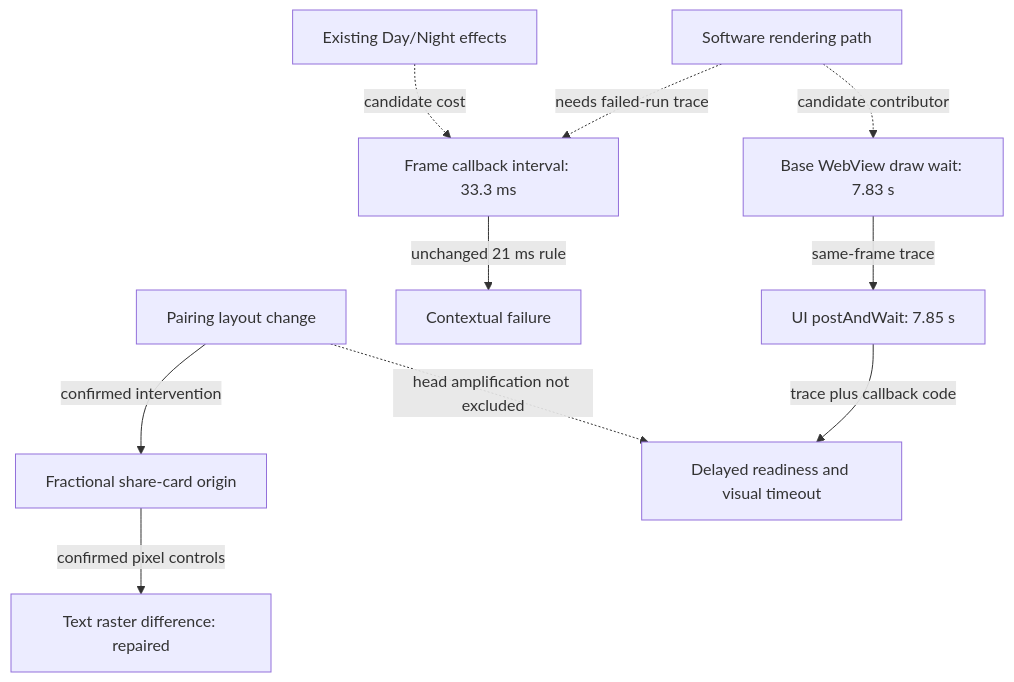
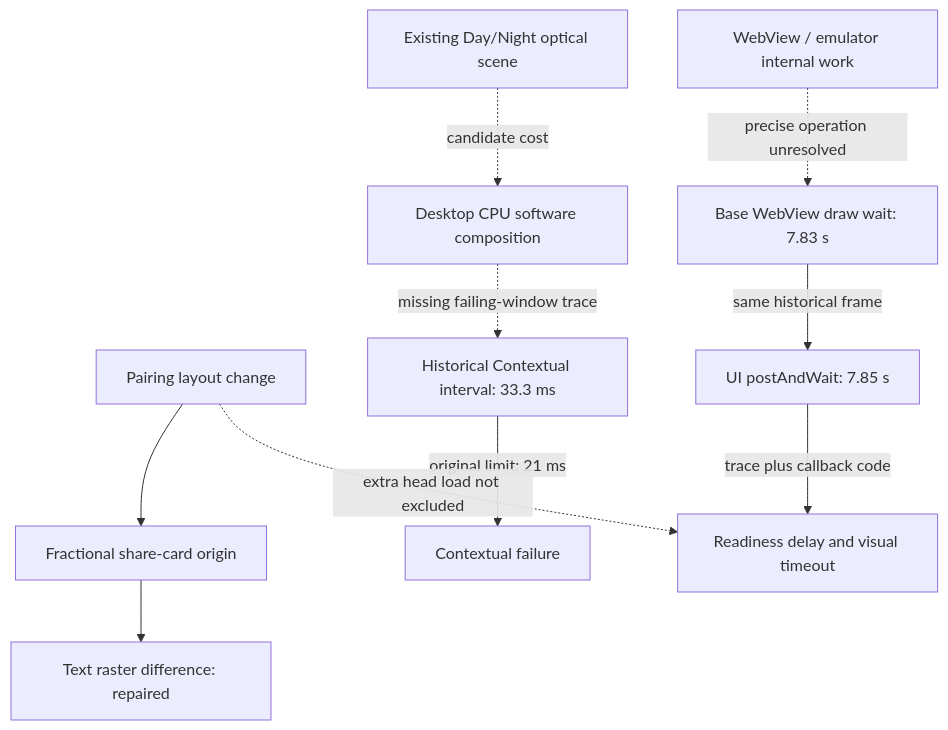
Before and after one commit to safal207/robys-coffee-house-demo: the diagram in docs/qa/pr342-causal-graph-2026-09-07.md, drawn with Mermaid. The commit also changed other lines of this file and 1 other file, not shown here.

Commit message:
docs(qa): record causal graph, trace evidence and unresolved drivers

````diff
--- a/docs/qa/pr342-causal-graph-2026-09-07.md
+++ b/docs/qa/pr342-causal-graph-2026-09-07.md
@@ -8,12 +16,12 @@
 ```mermaid
 flowchart TD
-  P["Pairing layout change"] -->|"confirmed intervention"| O["Fractional share-card origin"]
-  O -->|"confirmed pixel controls"| V["Text raster difference: repaired"]
-  E["Existing Day/Night effects"] -.->|"candidate cost"| C["Frame callback interval: 33.3 ms"]
-  S["Software rendering path"] -.->|"needs failed-run trace"| C
-  C -->|"unchanged 21 ms rule"| F["Contextual failure"]
-  S -.->|"candidate contributor"| G["Base WebView draw wait: 7.83 s"]
-  G -->|"same-frame trace"| U["UI postAndWait: 7.85 s"]
-  U -->|"trace plus callback code"| A["Delayed readiness and visual timeout"]
-  P -.->|"head amplification not excluded"| A
+  P["Pairing layout change"] --> O["Fractional share-card origin"]
+  O --> V["Text raster difference: repaired"]
+  E["Existing Day/Night optical scene"] -.->|"candidate cost"| S["Desktop CPU software composition"]
+  S -.->|"missing failing-window trace"| C["Historical Contextual interval: 33.3 ms"]
+  C -->|"original limit: 21 ms"| F["Contextual failure"]
+  G["WebView / emulator internal work"] -.->|"precise operation unresolved"| D["Base WebView draw wait: 7.83 s"]
+  D -->|"same historical frame"| U["UI postAndWait: 7.85 s"]
+  U -->|"trace plus callback code"| A["Readiness delay and visual timeout"]
+  P -.->|"extra head load not excluded"| A
 ```
````
